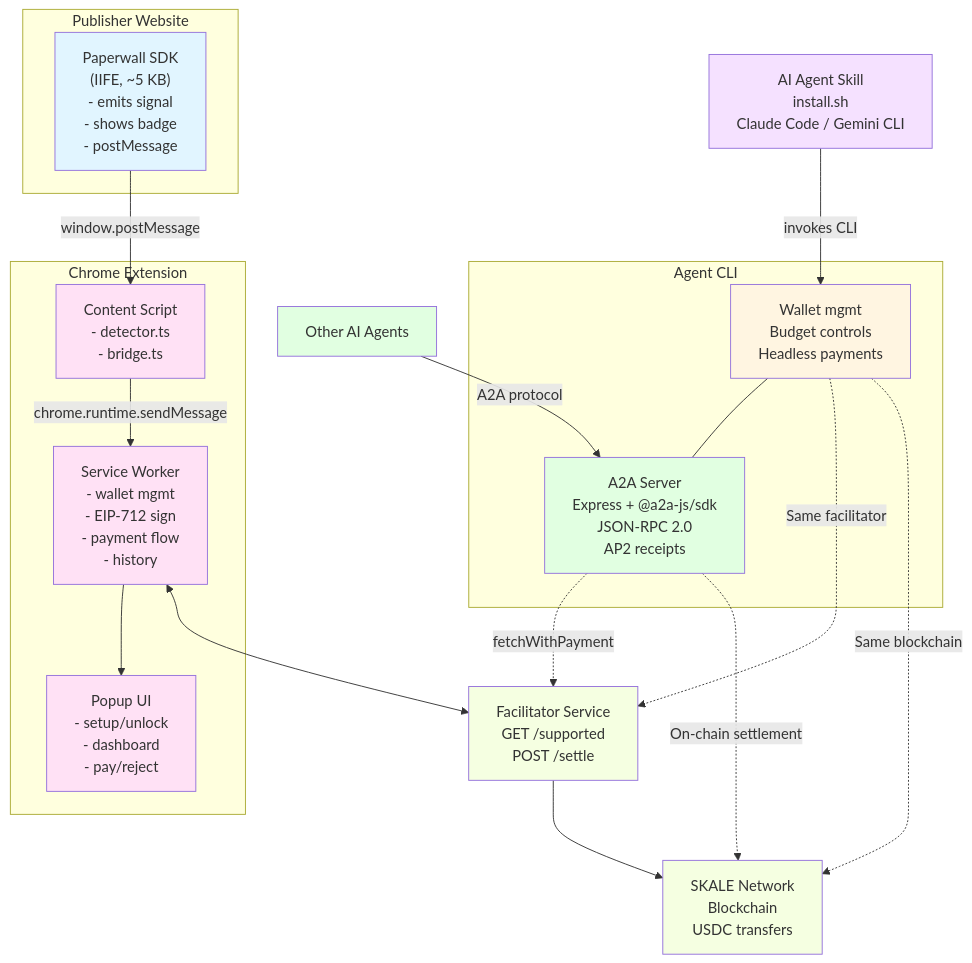
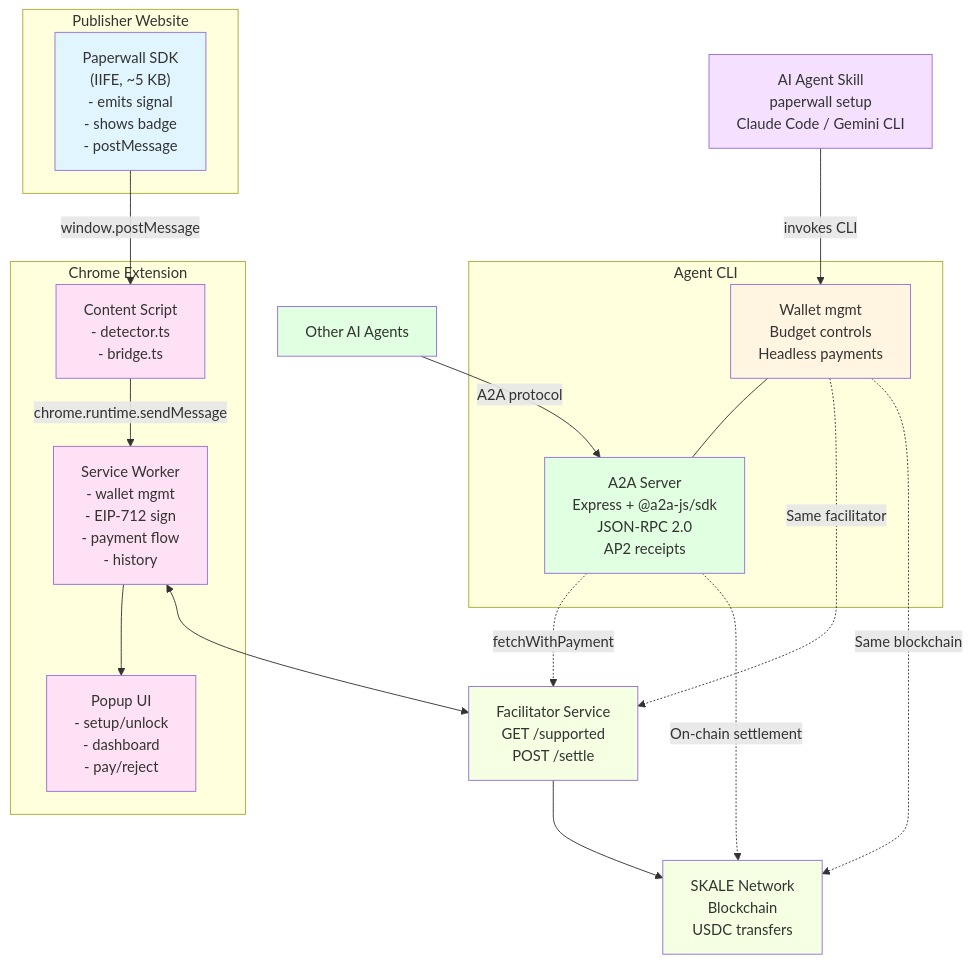
The first of 4 diagrams in docs/architecture.md (kobaru-io/paperwall), drawn with Mermaid before and after one commit. The commit also changed other lines of this file and 17 other files, not shown here.

Commit message:
improved setup for npm install

````diff
--- a/docs/architecture.md
+++ b/docs/architecture.md
@@ -36,56 +36,56 @@
 ```mermaid
 graph TB
     subgraph "Publisher Website"
         SDK["Paperwall SDK<br/>(IIFE, ~5 KB)<br/>- emits signal<br/>- shows badge<br/>- postMessage"]
     end
 
     subgraph "Chrome Extension"
         CS["Content Script<br/>- detector.ts<br/>- bridge.ts"]
         SW["Service Worker<br/>- wallet mgmt<br/>- EIP-712 sign<br/>- payment flow<br/>- history"]
         Popup["Popup UI<br/>- setup/unlock<br/>- dashboard<br/>- pay/reject"]
 
         CS -->|chrome.runtime.sendMessage| SW
         SW --> Popup
     end
 
     SDK -->|window.postMessage| CS
 
     Facilitator["Facilitator Service<br/>GET /supported<br/>POST /settle"]
     Blockchain["SKALE Network<br/>Blockchain<br/>USDC transfers"]
 
     SW <--> Facilitator
     Facilitator --> Blockchain
 
     subgraph "Agent CLI"
         CLI["Wallet mgmt<br/>Budget controls<br/>Headless payments"]
         A2A["A2A Server<br/>Express + @a2a-js/sdk<br/>JSON-RPC 2.0<br/>AP2 receipts"]
 
         CLI --- A2A
     end
 
-    Skill["AI Agent Skill<br/>install.sh<br/>Claude Code / Gemini CLI"]
+    Skill["AI Agent Skill<br/>paperwall setup<br/>Claude Code / Gemini CLI"]
     Skill -->|invokes CLI| CLI
 
     CLI -.->|Same facilitator| Facilitator
     CLI -.->|Same blockchain| Blockchain
 
     OtherAgents["Other AI Agents"]
     OtherAgents -->|A2A protocol| A2A
     A2A -.->|fetchWithPayment| Facilitator
     A2A -.->|On-chain settlement| Blockchain
 
     classDef publisher fill:#e1f5ff
     classDef extension fill:#ffe1f5
     classDef external fill:#f5ffe1
     classDef agent fill:#fff5e1
     classDef a2a fill:#e1ffe1
     classDef skill fill:#f5e1ff
 
     class SDK publisher
     class CS,SW,Popup extension
     class Facilitator,Blockchain external
     class CLI agent
     class A2A a2a
     class OtherAgents a2a
     class Skill skill
 ```
````
